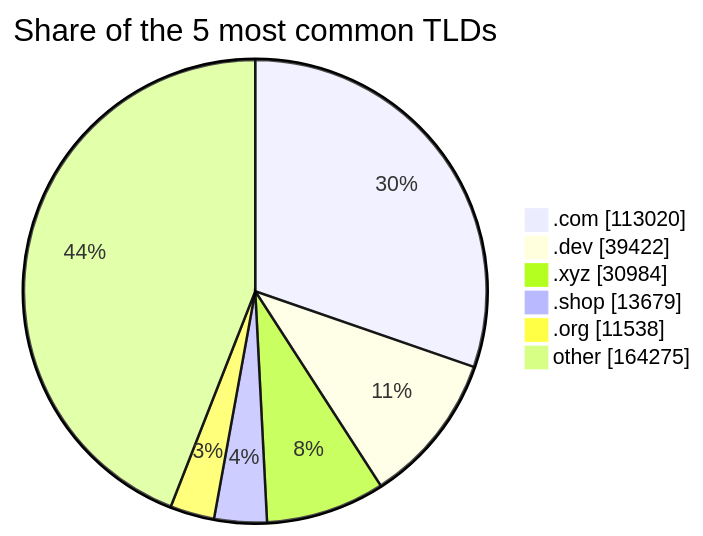
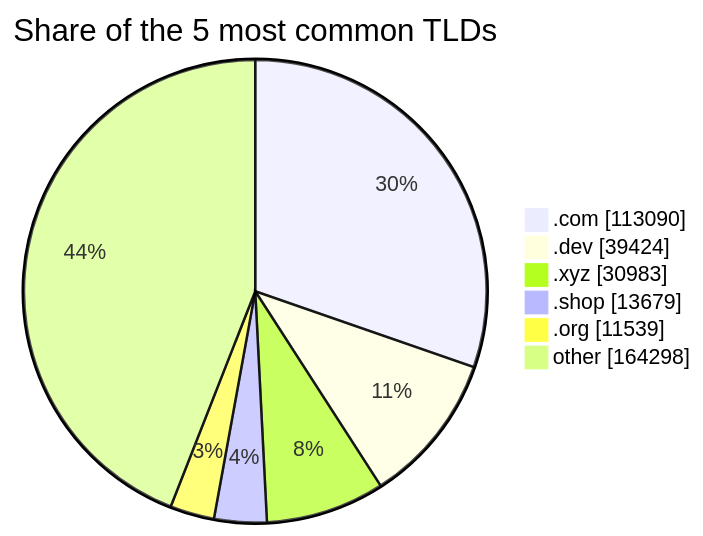
Before and after one commit to DNSBunker/CTI: the third of 3 diagrams in README.md, drawn with Mermaid. The commit also changed other lines of this file and 3 other files, not shown here.

````diff
--- a/README.md
+++ b/README.md
@@ -81,9 +81,9 @@
 ```mermaid
 pie showData title Share of the 5 most common TLDs
-    ".com" : 113020
-    ".dev" : 39422
-    ".xyz" : 30984
+    ".com" : 113090
+    ".dev" : 39424
+    ".xyz" : 30983
     ".shop" : 13679
-    ".org" : 11538
-    "other" : 164275
+    ".org" : 11539
+    "other" : 164298
 ```
````
